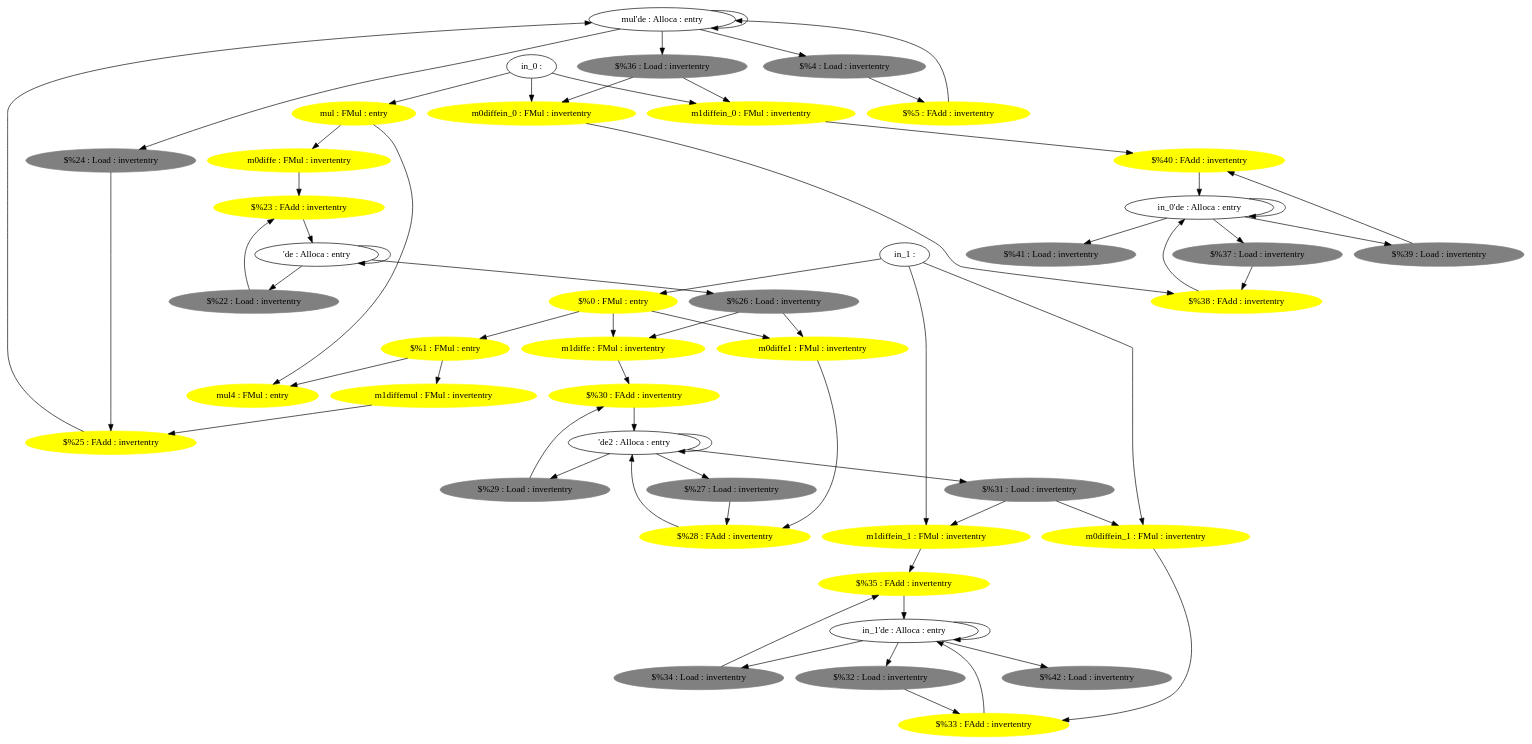
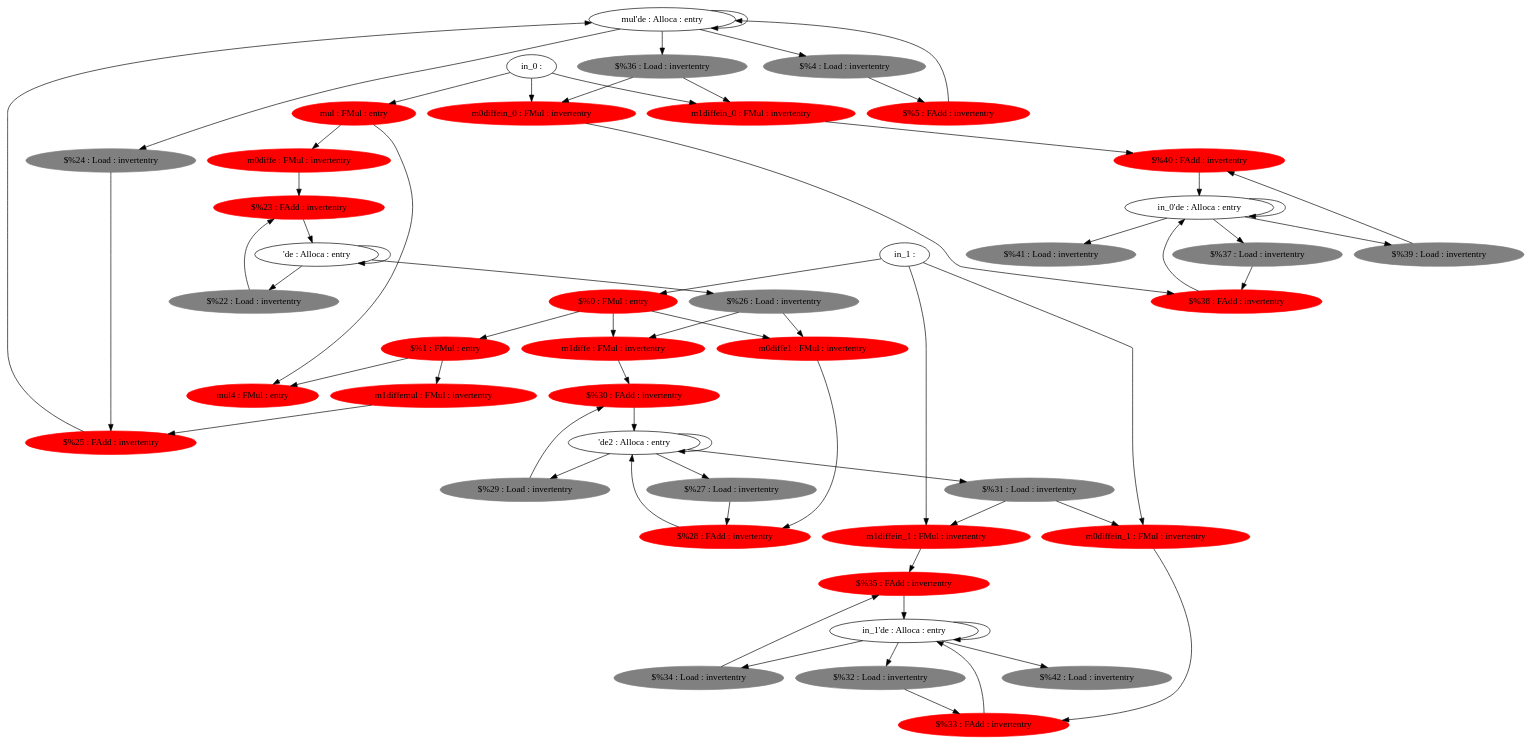
One commit to sfu-arch/Enzyme changed the diagram in enzyme/benchmarks/ode/forward.dot. Above: the diagram before and after it, drawn with Graphviz. The commit also changed 1 other file, not shown here.

```diff
--- a/enzyme/benchmarks/ode/forward.dot
+++ b/enzyme/benchmarks/ode/forward.dot
@@ -1,101 +1,101 @@
 digraph G {
 		"mul'de : Alloca : entry" -> "mul'de : Alloca : entry" 
 		"mul'de : Alloca : entry" -> "$%36 : Load : invertentry" 
 		"mul'de : Alloca : entry" -> "$%24 : Load : invertentry" 
 		"mul'de : Alloca : entry" -> "$%4 : Load : invertentry" 
-		"m0diffe : FMul : invertentry" [color = yellow style=filled];
+		"m0diffe : FMul : invertentry" [color = red style=filled];
 		"m0diffe : FMul : invertentry" -> "$%23 : FAdd : invertentry" 
-		"$%5 : FAdd : invertentry" [color = yellow style=filled];
+		"$%5 : FAdd : invertentry" [color = red style=filled];
 		"$%5 : FAdd : invertentry" -> "mul'de : Alloca : entry" 
 		"$%4 : Load : invertentry" [color = gray style=filled];
 		"$%4 : Load : invertentry" -> "$%5 : FAdd : invertentry" 
 		"in_0 : " -> "m1diffein_0 : FMul : invertentry" 
 		"in_0 : " -> "m0diffein_0 : FMul : invertentry" 
 		"in_0 : " -> "mul : FMul : entry" 
 		"in_1 : " -> "m1diffein_1 : FMul : invertentry" 
 		"in_1 : " -> "m0diffein_1 : FMul : invertentry" 
 		"in_1 : " -> "$%0 : FMul : entry" 
-		"mul : FMul : entry" [color = yellow style=filled];
+		"mul : FMul : entry" [color = red style=filled];
 		"mul : FMul : entry" -> "m0diffe : FMul : invertentry" 
 		"mul : FMul : entry" -> "mul4 : FMul : entry" 
-		"$%0 : FMul : entry" [color = yellow style=filled];
+		"$%0 : FMul : entry" [color = red style=filled];
 		"$%0 : FMul : entry" -> "m1diffe : FMul : invertentry" 
 		"$%0 : FMul : entry" -> "m0diffe1 : FMul : invertentry" 
 		"$%0 : FMul : entry" -> "$%1 : FMul : entry" 
-		"$%1 : FMul : entry" [color = yellow style=filled];
+		"$%1 : FMul : entry" [color = red style=filled];
 		"$%1 : FMul : entry" -> "mul4 : FMul : entry" 
 		"$%1 : FMul : entry" -> "m1diffemul : FMul : invertentry" 
-		"mul4 : FMul : entry" [color = yellow style=filled];
-		"m1diffemul : FMul : invertentry" [color = yellow style=filled];
+		"mul4 : FMul : entry" [color = red style=filled];
+		"m1diffemul : FMul : invertentry" [color = red style=filled];
 		"m1diffemul : FMul : invertentry" -> "$%25 : FAdd : invertentry" 
 		"$%24 : Load : invertentry" [color = gray style=filled];
 		"$%24 : Load : invertentry" -> "$%25 : FAdd : invertentry" 
 		"'de : Alloca : entry" -> "'de : Alloca : entry" 
 		"'de : Alloca : entry" -> "$%26 : Load : invertentry" 
 		"'de : Alloca : entry" -> "$%22 : Load : invertentry" 
 		"$%22 : Load : invertentry" [color = gray style=filled];
 		"$%22 : Load : invertentry" -> "$%23 : FAdd : invertentry" 
-		"$%23 : FAdd : invertentry" [color = yellow style=filled];
+		"$%23 : FAdd : invertentry" [color = red style=filled];
 		"$%23 : FAdd : invertentry" -> "'de : Alloca : entry" 
-		"$%25 : FAdd : invertentry" [color = yellow style=filled];
+		"$%25 : FAdd : invertentry" [color = red style=filled];
 		"$%25 : FAdd : invertentry" -> "mul'de : Alloca : entry" 
 		"$%26 : Load : invertentry" [color = gray style=filled];
 		"$%26 : Load : invertentry" -> "m1diffe : FMul : invertentry" 
 		"$%26 : Load : invertentry" -> "m0diffe1 : FMul : invertentry" 
-		"m0diffe1 : FMul : invertentry" [color = yellow style=filled];
+		"m0diffe1 : FMul : invertentry" [color = red style=filled];
 		"m0diffe1 : FMul : invertentry" -> "$%28 : FAdd : invertentry" 
-		"m1diffe : FMul : invertentry" [color = yellow style=filled];
+		"m1diffe : FMul : invertentry" [color = red style=filled];
 		"m1diffe : FMul : invertentry" -> "$%30 : FAdd : invertentry" 
 		"'de2 : Alloca : entry" -> "'de2 : Alloca : entry" 
 		"'de2 : Alloca : entry" -> "$%31 : Load : invertentry" 
 		"'de2 : Alloca : entry" -> "$%29 : Load : invertentry" 
 		"'de2 : Alloca : entry" -> "$%27 : Load : invertentry" 
 		"$%27 : Load : invertentry" [color = gray style=filled];
 		"$%27 : Load : invertentry" -> "$%28 : FAdd : invertentry" 
-		"$%28 : FAdd : invertentry" [color = yellow style=filled];
+		"$%28 : FAdd : invertentry" [color = red style=filled];
 		"$%28 : FAdd : invertentry" -> "'de2 : Alloca : entry" 
 		"$%29 : Load : invertentry" [color = gray style=filled];
 		"$%29 : Load : invertentry" -> "$%30 : FAdd : invertentry" 
-		"$%30 : FAdd : invertentry" [color = yellow style=filled];
+		"$%30 : FAdd : invertentry" [color = red style=filled];
 		"$%30 : FAdd : invertentry" -> "'de2 : Alloca : entry" 
 		"$%31 : Load : invertentry" [color = gray style=filled];
 		"$%31 : Load : invertentry" -> "m1diffein_1 : FMul : invertentry" 
 		"$%31 : Load : invertentry" -> "m0diffein_1 : FMul : invertentry" 
-		"m0diffein_1 : FMul : invertentry" [color = yellow style=filled];
+		"m0diffein_1 : FMul : invertentry" [color = red style=filled];
 		"m0diffein_1 : FMul : invertentry" -> "$%33 : FAdd : invertentry" 
-		"m1diffein_1 : FMul : invertentry" [color = yellow style=filled];
+		"m1diffein_1 : FMul : invertentry" [color = red style=filled];
 		"m1diffein_1 : FMul : invertentry" -> "$%35 : FAdd : invertentry" 
 		"in_1'de : Alloca : entry" -> "in_1'de : Alloca : entry" 
 		"in_1'de : Alloca : entry" -> "$%42 : Load : invertentry" 
 		"in_1'de : Alloca : entry" -> "$%34 : Load : invertentry" 
 		"in_1'de : Alloca : entry" -> "$%32 : Load : invertentry" 
 		"$%32 : Load : invertentry" [color = gray style=filled];
 		"$%32 : Load : invertentry" -> "$%33 : FAdd : invertentry" 
-		"$%33 : FAdd : invertentry" [color = yellow style=filled];
+		"$%33 : FAdd : invertentry" [color = red style=filled];
 		"$%33 : FAdd : invertentry" -> "in_1'de : Alloca : entry" 
 		"$%34 : Load : invertentry" [color = gray style=filled];
 		"$%34 : Load : invertentry" -> "$%35 : FAdd : invertentry" 
-		"$%35 : FAdd : invertentry" [color = yellow style=filled];
+		"$%35 : FAdd : invertentry" [color = red style=filled];
 		"$%35 : FAdd : invertentry" -> "in_1'de : Alloca : entry" 
 		"$%36 : Load : invertentry" [color = gray style=filled];
 		"$%36 : Load : invertentry" -> "m1diffein_0 : FMul : invertentry" 
 		"$%36 : Load : invertentry" -> "m0diffein_0 : FMul : invertentry" 
-		"m0diffein_0 : FMul : invertentry" [color = yellow style=filled];
+		"m0diffein_0 : FMul : invertentry" [color = red style=filled];
 		"m0diffein_0 : FMul : invertentry" -> "$%38 : FAdd : invertentry" 
-		"m1diffein_0 : FMul : invertentry" [color = yellow style=filled];
+		"m1diffein_0 : FMul : invertentry" [color = red style=filled];
 		"m1diffein_0 : FMul : invertentry" -> "$%40 : FAdd : invertentry" 
 		"in_0'de : Alloca : entry" -> "$%37 : Load : invertentry" 
 		"in_0'de : Alloca : entry" -> "in_0'de : Alloca : entry" 
 		"in_0'de : Alloca : entry" -> "$%41 : Load : invertentry" 
 		"in_0'de : Alloca : entry" -> "$%39 : Load : invertentry" 
 		"$%37 : Load : invertentry" [color = gray style=filled];
 		"$%37 : Load : invertentry" -> "$%38 : FAdd : invertentry" 
-		"$%38 : FAdd : invertentry" [color = yellow style=filled];
+		"$%38 : FAdd : invertentry" [color = red style=filled];
 		"$%38 : FAdd : invertentry" -> "in_0'de : Alloca : entry" 
 		"$%39 : Load : invertentry" [color = gray style=filled];
 		"$%39 : Load : invertentry" -> "$%40 : FAdd : invertentry" 
-		"$%40 : FAdd : invertentry" [color = yellow style=filled];
+		"$%40 : FAdd : invertentry" [color = red style=filled];
 		"$%40 : FAdd : invertentry" -> "in_0'de : Alloca : entry" 
 		"$%41 : Load : invertentry" [color = gray style=filled];
 		"$%42 : Load : invertentry" [color = gray style=filled];
 }
```
